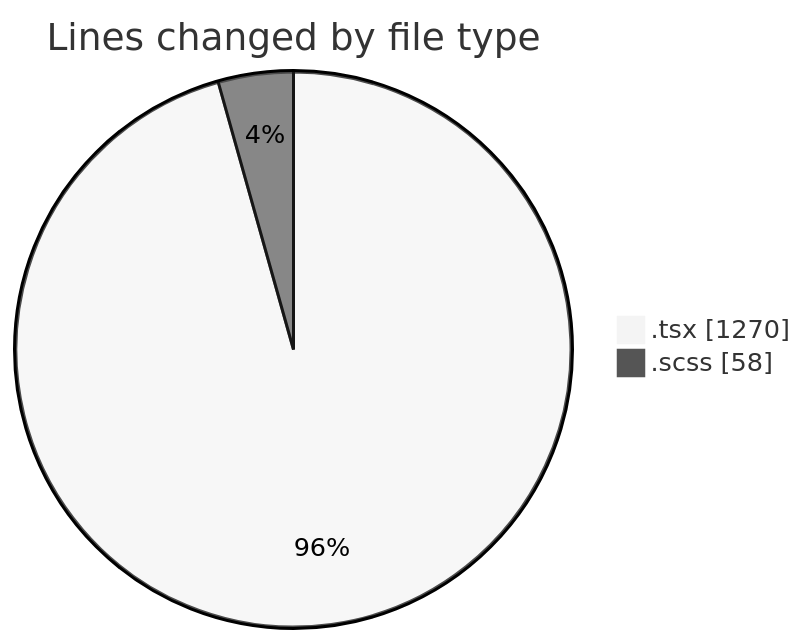
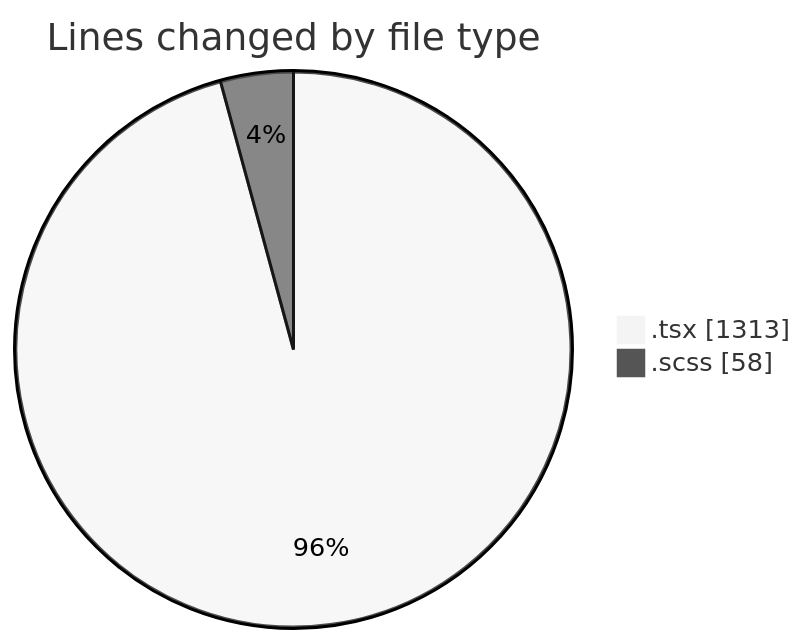
The first of 2 diagrams in 2026-10-05/cda/README.md (momahboobian/code-tracking), drawn with Mermaid (neutral theme) before and after one commit. The commit also changed other lines of this file and 1 other file, not shown here.

````diff
--- a/2026-10-05/cda/README.md
+++ b/2026-10-05/cda/README.md
@@ -27,6 +28,6 @@
 ```mermaid
 pie showData
 title Lines changed by file type
-".tsx" : 1270
+".tsx" : 1313
 ".scss" : 58
 ```
````
